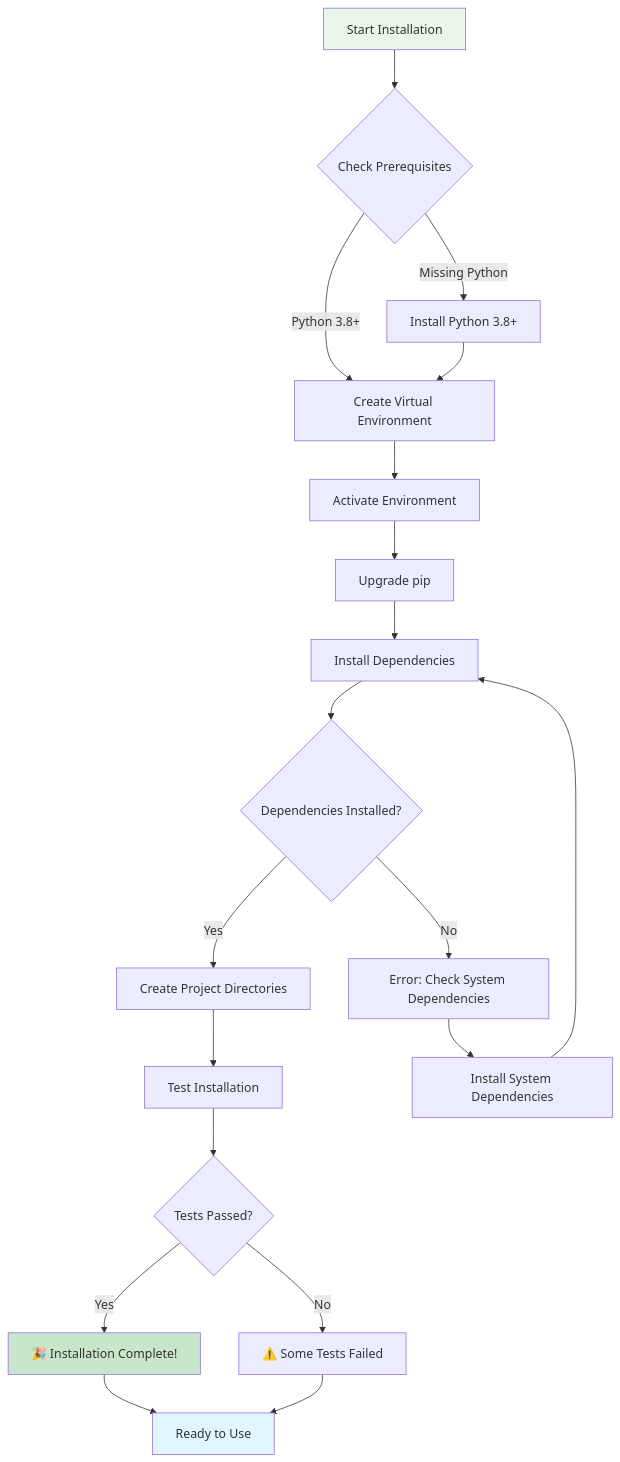
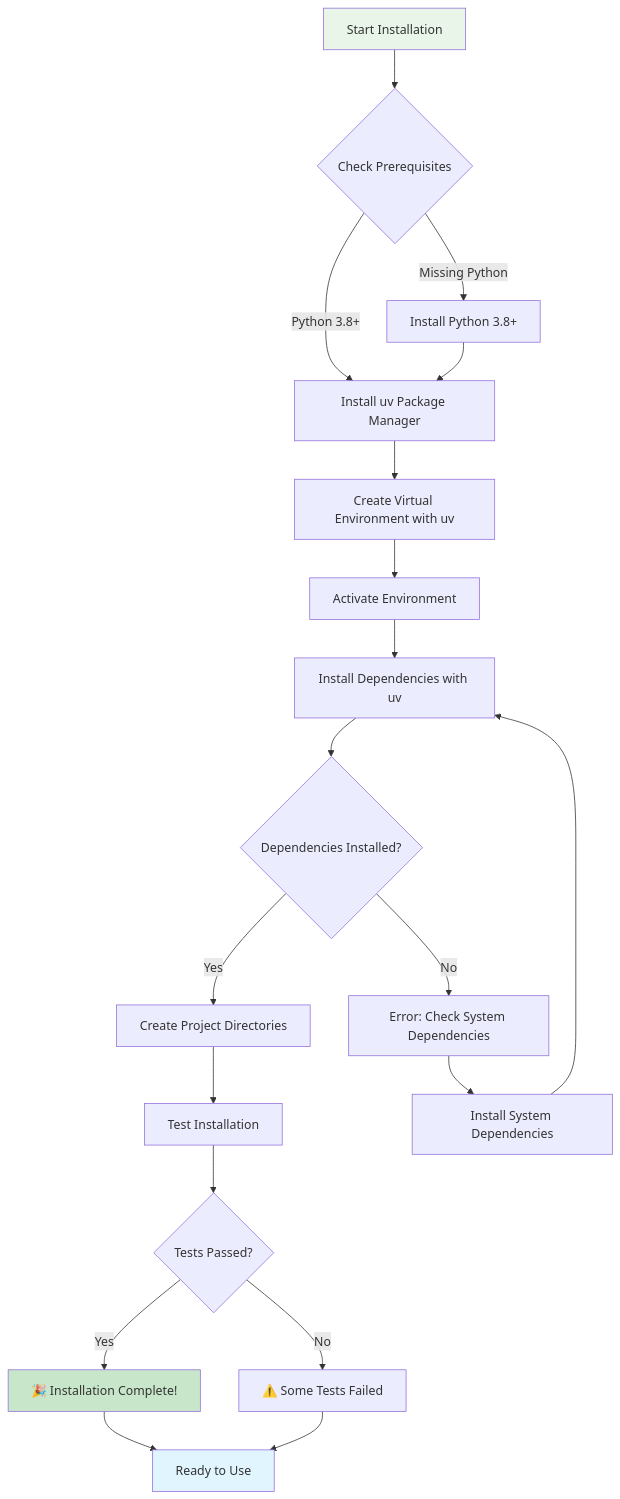
The eighth of 9 diagrams in README.md (Fedele-AI/RoguePredictor), drawn with Mermaid before and after one commit. The commit also changed other lines of this file, not shown here.

Commit message:
Changed rec to UV from stock pip

````diff
--- a/README.md
+++ b/README.md
@@ -672,29 +728,29 @@
 ```mermaid
 flowchart TD
     A[Start Installation] --> B{Check Prerequisites}
-    B -->|Python 3.8+| C[Create Virtual Environment]
+    B -->|Python 3.8+| C[Install uv Package Manager]
     B -->|Missing Python| D[Install Python 3.8+]
     D --> C
     
-    C --> E[Activate Environment]
-    E --> F[Upgrade pip]
-    F --> G[Install Dependencies]
+    C --> E[Create Virtual Environment with uv]
+    E --> F[Activate Environment]
+    F --> G[Install Dependencies with uv]
     
     G --> H{Dependencies Installed?}
     H -->|Yes| I[Create Project Directories]
     H -->|No| J[Error: Check System Dependencies]
     J --> K[Install System Dependencies]
     K --> G
     
     I --> L[Test Installation]
     L --> M{Tests Passed?}
     M -->|Yes| N[🎉 Installation Complete!]
     M -->|No| O[⚠️ Some Tests Failed]
     
     N --> P[Ready to Use]
     O --> P
     
     style A fill:#e8f5e8
     style N fill:#c8e6c9
     style P fill:#e1f5fe
 ```
````
